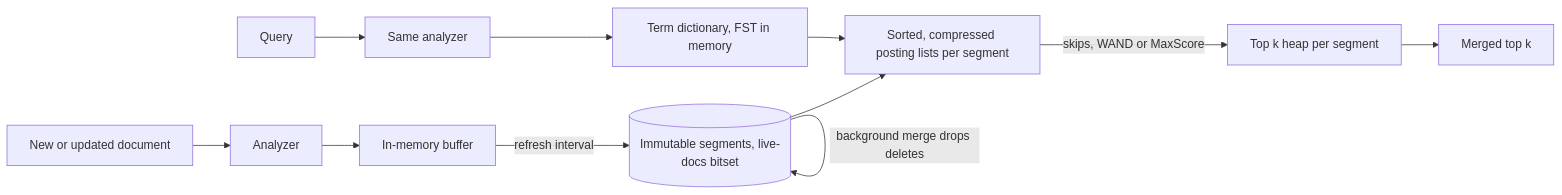
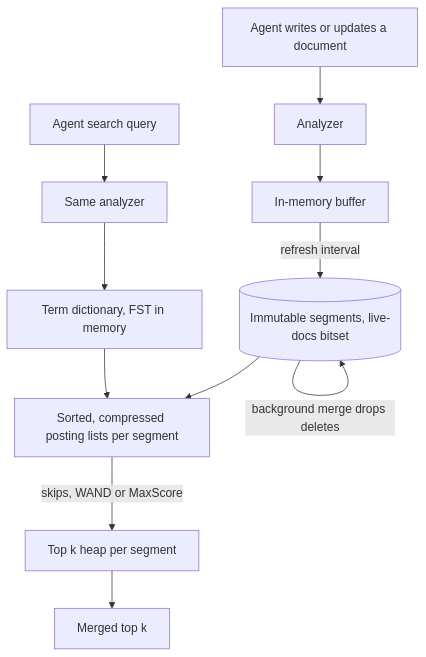
The diagram in content/rag-retrieval/inverted-indexes.md (lovishmahajan97/agentic-learning), drawn with Mermaid before and after one commit. The commit also changed other lines of this file and 266 other files, not shown here.

````diff
--- a/content/rag-retrieval/inverted-indexes.md
+++ b/content/rag-retrieval/inverted-indexes.md
@@ -132,13 +138,13 @@
 ```mermaid
-flowchart LR
-    D["New or updated document"] --> A1["Analyzer"]
+flowchart TD
+    D["Agent writes or updates a document"] --> A1["Analyzer"]
     A1 --> B["In-memory buffer"]
     B -->|"refresh interval"| S[("Immutable segments, live-docs bitset")]
     S -->|"background merge drops deletes"| S
-    Q["Query"] --> A2["Same analyzer"]
+    Q["Agent search query"] --> A2["Same analyzer"]
     A2 --> DI["Term dictionary, FST in memory"]
     DI --> PL["Sorted, compressed posting lists per segment"]
     S --> PL
     PL -->|"skips, WAND or MaxScore"| H["Top k heap per segment"]
     H --> R["Merged top k"]
 ```
````
